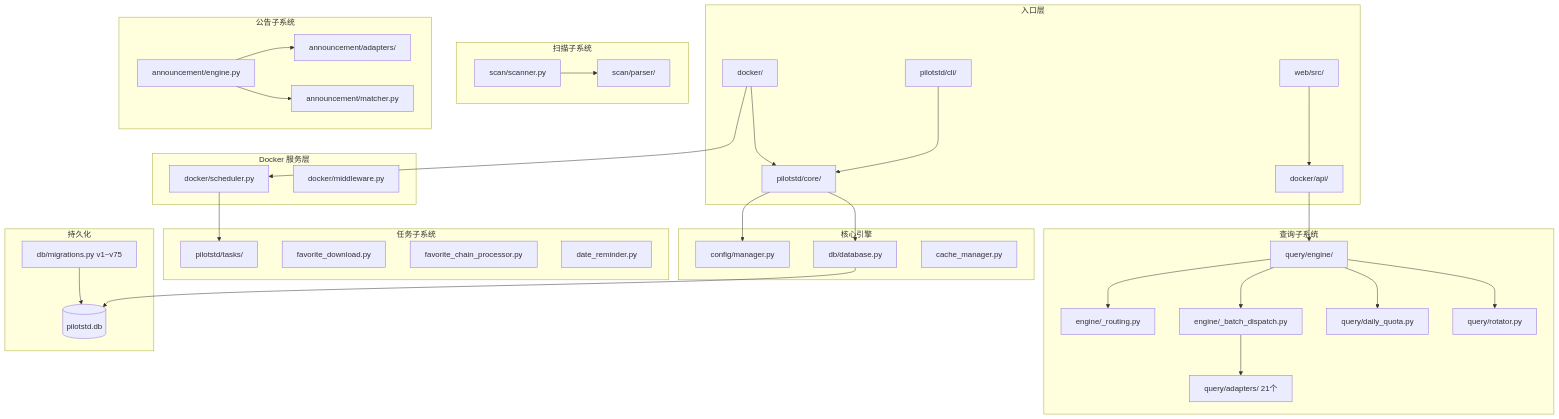
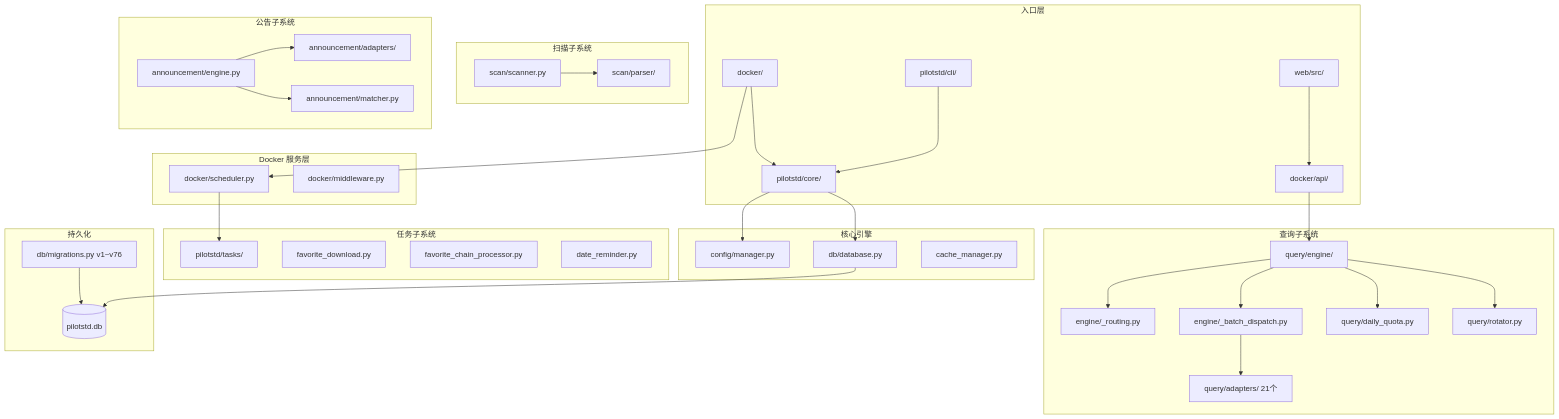
One commit to leanmore/PilotStd changed the diagram in docs/architecture/overview.md. Above: the diagram before and after it, drawn with Mermaid. The commit also changed other lines of this file and 31 other files, not shown here.

````diff
--- a/docs/architecture/overview.md
+++ b/docs/architecture/overview.md
@@ -19,69 +19,69 @@
 ```mermaid
 graph TD
     subgraph "入口层"
         CLI[pilotstd/cli/] --> Core
         Docker[docker/] --> Core
         Web[web/src/] --> DockerAPI
     end
 
     subgraph "Docker 服务层"
         DockerAPI[docker/api/]
         Scheduler[docker/scheduler.py]
         Middleware[docker/middleware.py]
     end
 
     subgraph "核心引擎"
         Core[pilotstd/core/]
         Config[config/manager.py]
         DB[db/database.py]
         Cache[cache_manager.py]
     end
 
     subgraph "查询子系统"
         QueryEngine[query/engine/]
         Adapters[query/adapters/ 21个]
         Routing[engine/_routing.py]
         Bucket[engine/_batch_dispatch.py]
         Quota[query/daily_quota.py]
         Rotator[query/rotator.py]
     end
 
     subgraph "扫描子系统"
         Scanner[scan/scanner.py]
         Parser[scan/parser/]
     end
 
     subgraph "公告子系统"
         AnnounceEngine[announcement/engine.py]
         SAMRAdapters[announcement/adapters/]
         Matcher[announcement/matcher.py]
     end
 
     subgraph "任务子系统"
         Tasks[pilotstd/tasks/]
         FavoriteDL[favorite_download.py]
         ChainProc[favorite_chain_processor.py]
         DateReminder[date_reminder.py]
     end
 
     subgraph "持久化"
         SQLiteDB[(pilotstd.db)]
-        Migrations[db/migrations.py v1~v75]
+        Migrations[db/migrations.py v1~v76]
     end
 
     Docker --> Scheduler
     Scheduler --> Tasks
     DockerAPI --> QueryEngine
     QueryEngine --> Routing
     QueryEngine --> Bucket
     QueryEngine --> Quota
     QueryEngine --> Rotator
     Bucket --> Adapters
     Scanner --> Parser
     AnnounceEngine --> SAMRAdapters
     AnnounceEngine --> Matcher
     Core --> Config
     Core --> DB
     DB --> SQLiteDB
     Migrations --> SQLiteDB
 ```
````
